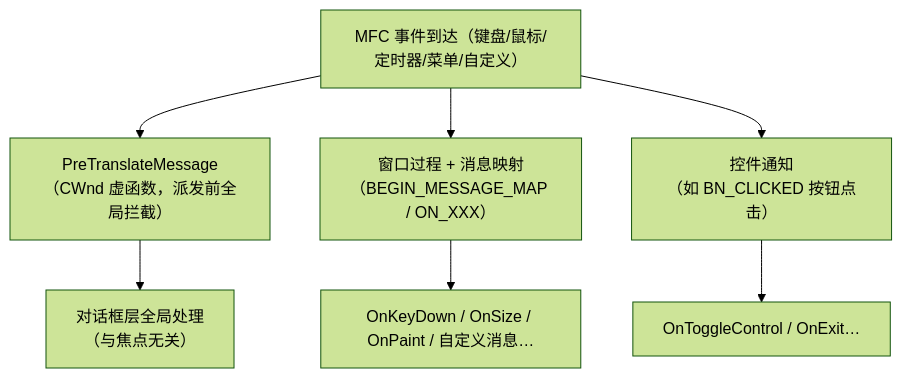
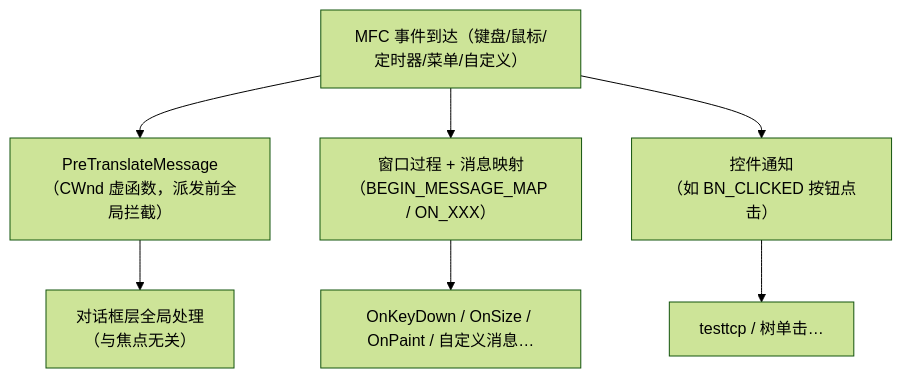
The diagram in doc/notes/mfc基础总结.md (qimenlang/AeroVistaEngine), drawn with Mermaid (forest theme) before and after one commit. The commit also changed other lines of this file and 7 other files, not shown here.

````diff
--- a/doc/notes/mfc基础总结.md
+++ b/doc/notes/mfc基础总结.md
@@ -57,10 +60,10 @@
 ```mermaid
 flowchart TB
     A["MFC 事件到达（键盘/鼠标/定时器/菜单/自定义）"]
     A --> B["PreTranslateMessage<br/>（CWnd 虚函数，派发前全局拦截）"]
     A --> C["窗口过程 + 消息映射<br/>（BEGIN_MESSAGE_MAP / ON_XXX）"]
     A --> D["控件通知<br/>（如 BN_CLICKED 按钮点击）"]
     B --> E["对话框层全局处理<br/>（与焦点无关）"]
     C --> F["OnKeyDown / OnSize / OnPaint / 自定义消息…"]
-    D --> G["OnToggleControl / OnExit…"]
+    D --> G["testtcp / 树单击…"]
 ```
````
